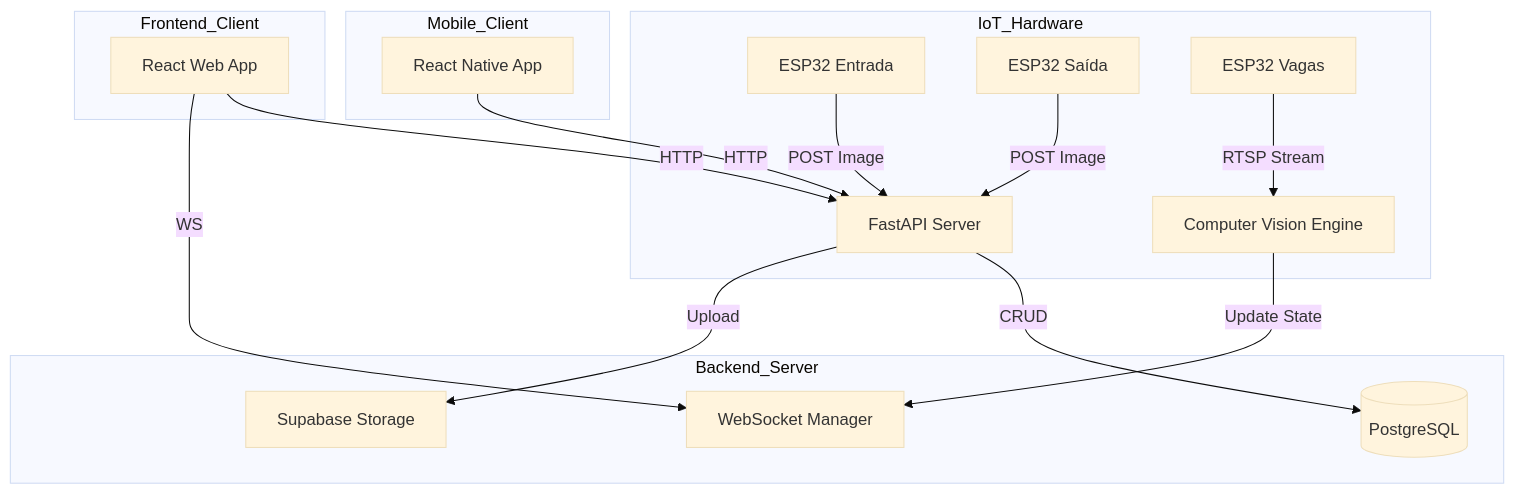
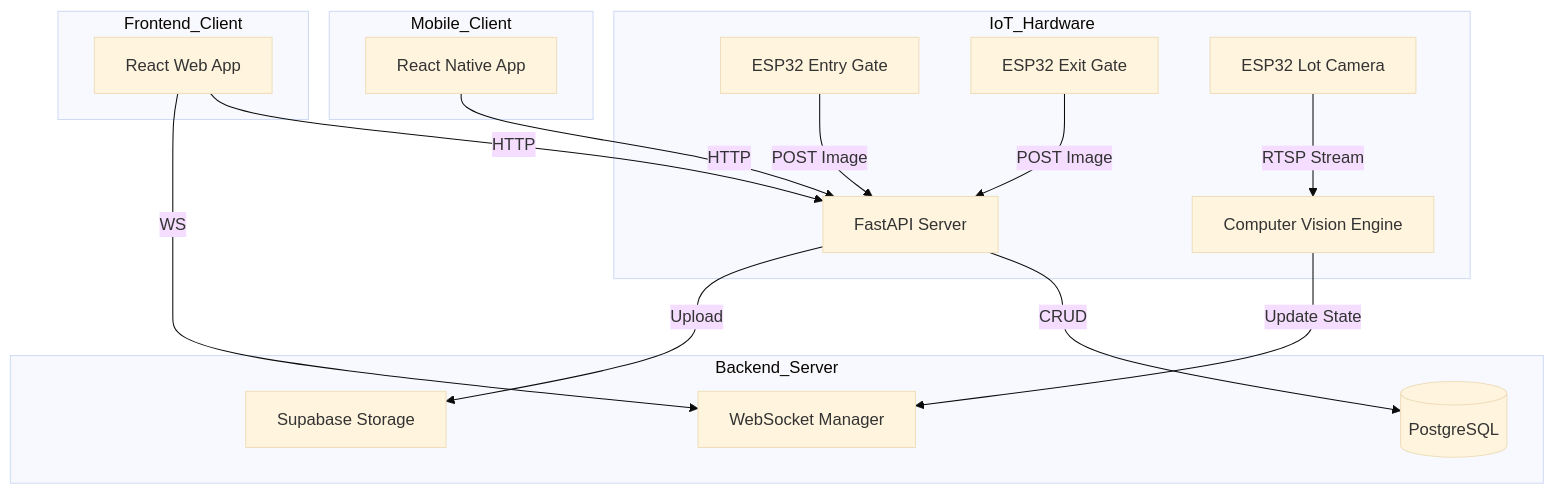
Before and after one commit to AlexPT2k22/AI_SE2: the diagram in README.md, drawn with Mermaid (base theme). The commit also changed other lines of this file, not shown here.

````diff
--- a/README.md
+++ b/README.md
@@ -63,29 +63,29 @@
 ```mermaid
 graph TD
     subgraph IoT_Hardware
-        ESP32_In[ESP32 Entrada] -->|POST Image| API
-        ESP32_Out[ESP32 Saída] -->|POST Image| API
-        Camera[ESP32 Vagas] -->|RTSP Stream| CV_Engine
+        ESP32_In[ESP32 Entry Gate] -->|POST Image| API
+        ESP32_Out[ESP32 Exit Gate] -->|POST Image| API
+        Camera[ESP32 Lot Camera] -->|RTSP Stream| CV_Engine
     end
 
     subgraph Backend_Server
         API[FastAPI Server]
         CV_Engine[Computer Vision Engine]
         WS[WebSocket Manager]
 
         CV_Engine -->|Update State| WS
         API -->|CRUD| DB[(PostgreSQL)]
         API -->|Upload| Storage[Supabase Storage]
     end
 
     subgraph Frontend_Client
         Web[React Web App]
         Web -->|HTTP| API
         Web -->|WS| WS
     end
 
     subgraph Mobile_Client
         Mobile[React Native App]
         Mobile -->|HTTP| API
     end
 ```
````
